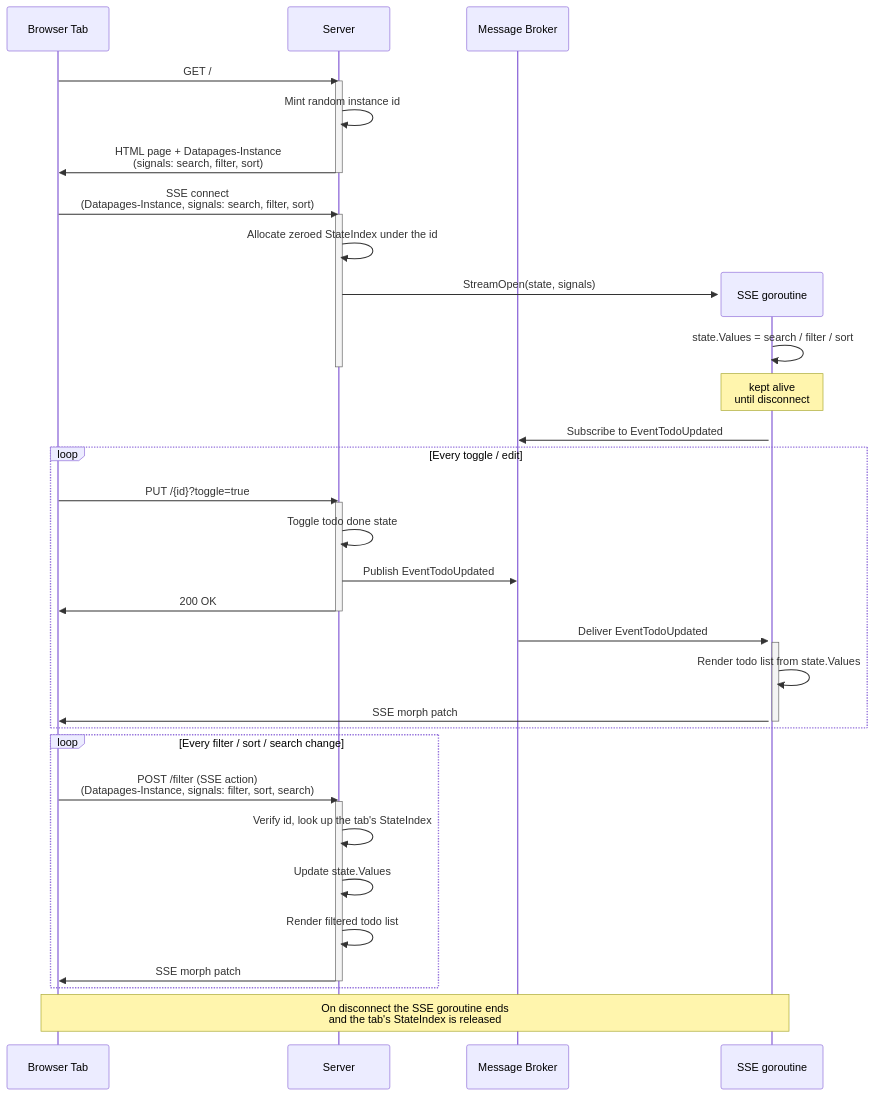
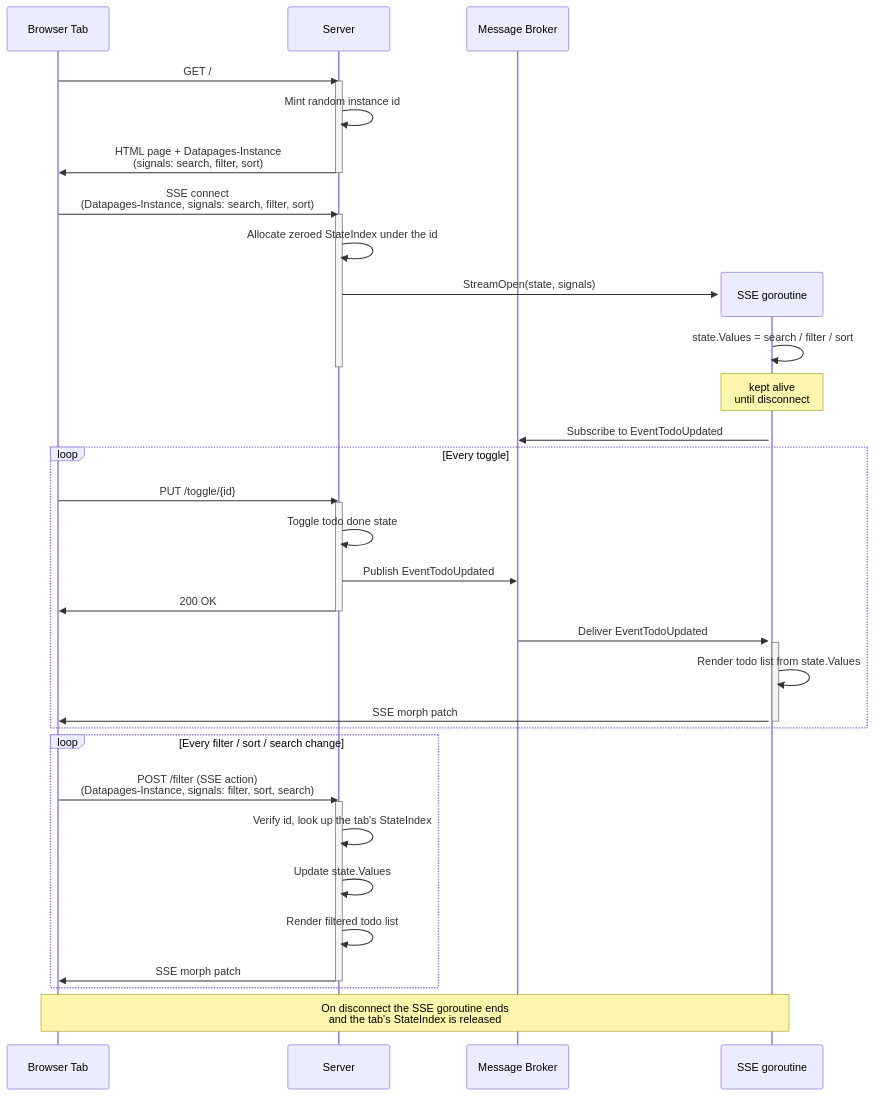
One commit to romshark/datapages changed the diagram in example/todolist/README.md. Above: the diagram before and after it, drawn with Mermaid. The commit also changed other lines of this file and 7 other files, not shown here.

````diff
--- a/example/todolist/README.md
+++ b/example/todolist/README.md
@@ -40,50 +41,50 @@
 ```mermaid
 sequenceDiagram
     participant B as Browser Tab
     participant S as Server
     participant N as Message Broker
 
     B->>S: GET /
     activate S
     S->>S: Mint random instance id
     S->>B: HTML page + Datapages-Instance<br/>(signals: search, filter, sort)
     deactivate S
 
     B->>S: SSE connect<br/>(Datapages-Instance, signals: search, filter, sort)
     activate S
     S->>S: Allocate zeroed StateIndex under the id
     create participant SS as SSE goroutine
     S->>SS: StreamOpen(state, signals)
     SS->>SS: state.Values = search / filter / sort
     deactivate S
     activate SS
     Note over SS: kept alive<br/>until disconnect
     SS->>N: Subscribe to EventTodoUpdated
 
-    loop Every toggle / edit
-    B->>S: PUT /{id}?toggle=true
+    loop Every toggle
+    B->>S: PUT /toggle/{id}
     activate S
     S->>S: Toggle todo done state
     S->>N: Publish EventTodoUpdated
     S->>B: 200 OK
     deactivate S
 
     N->>SS: Deliver EventTodoUpdated
     activate SS
     SS->>SS: Render todo list from state.Values
     SS->>B: SSE morph patch #todo-list
     deactivate SS
     end
 
     loop Every filter / sort / search change
     B->>S: POST /filter (SSE action)<br/>(Datapages-Instance, signals: filter, sort, search)
     activate S
     S->>S: Verify id, look up the tab's StateIndex
     S->>S: Update state.Values
     S->>S: Render filtered todo list
     S->>B: SSE morph patch #todo-list
     deactivate S
     end
 
     Note over B,SS: On disconnect the SSE goroutine ends<br/>and the tab's StateIndex is released
 ```
````
